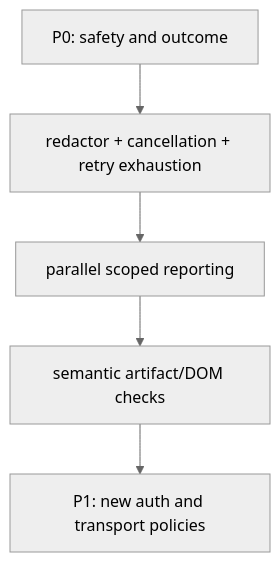
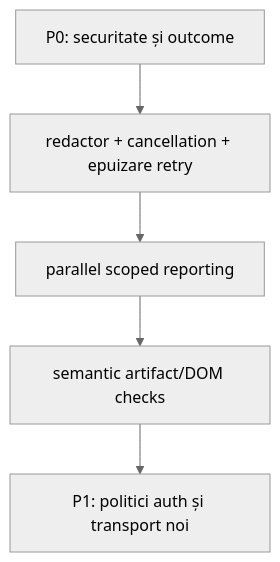
The fourth of 4 diagrams in Atf.Core/README.md (crististefanita/CS1), drawn with Mermaid (neutral theme) before and after one commit. The commit also changed other lines of this file and 28 other files, not shown here.

````diff
--- a/Atf.Core/README.md
+++ b/Atf.Core/README.md
@@ -342,7 +372,7 @@
 ```mermaid
 flowchart TD
-    P0[P0: safety and outcome] --> R[redactor + cancellation + retry exhaustion]
+    P0[P0: securitate și outcome] --> R[redactor + cancellation + epuizare retry]
     R --> S[parallel scoped reporting]
     S --> A[semantic artifact/DOM checks]
-    A --> P1[P1: new auth and transport policies]
+    A --> P1[P1: politici auth și transport noi]
 ```
````
